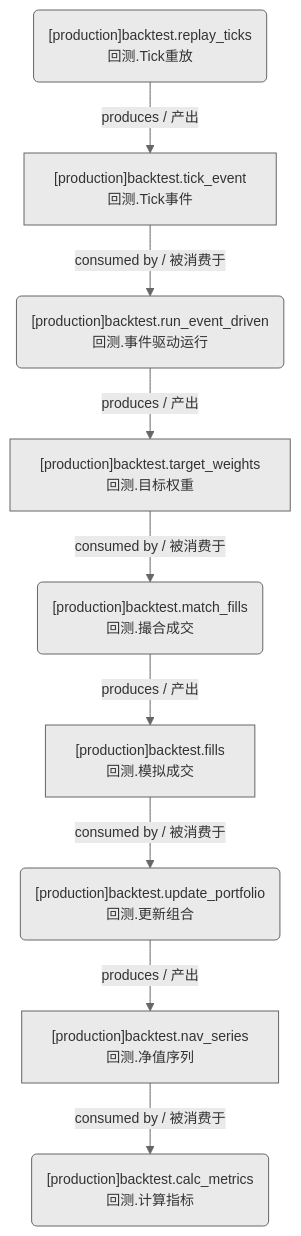
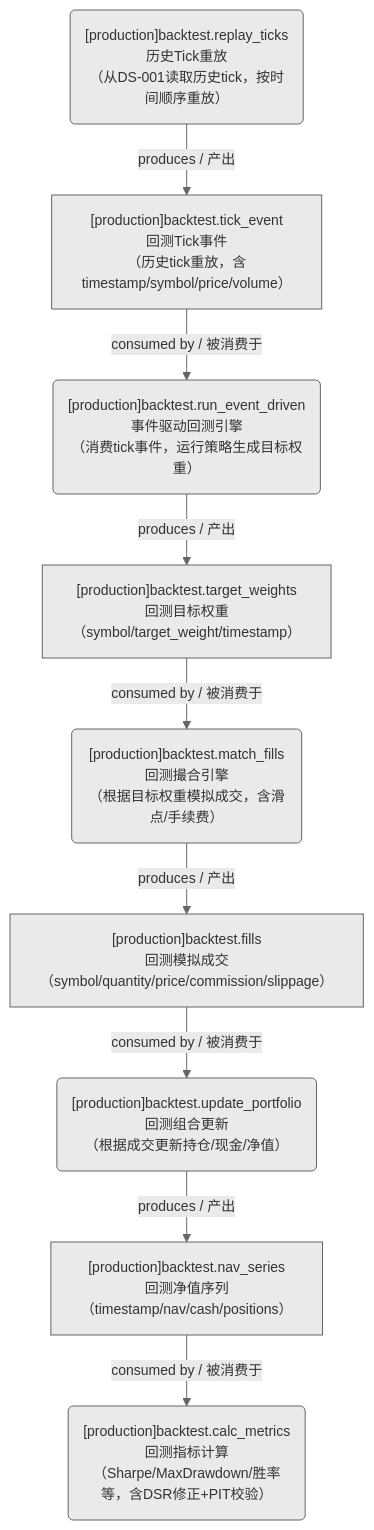
Before and after one commit to xuanFelixVan/ZephyrAlpha: the fourth of 4 diagrams in docs/02_enterprise_architecture/05_dataflow_architecture/dataflow_production.md, drawn with Mermaid. The commit also changed other lines of this file and 11 other files, not shown here.

First line of the commit message:
feat(dataflow-diagram): 域文档新增全景合并图+运营态完整功能简述显示

````diff
--- a/docs/02_enterprise_architecture/05_dataflow_architecture/dataflow_production.md
+++ b/docs/02_enterprise_architecture/05_dataflow_architecture/dataflow_production.md
@@ -233,21 +233,21 @@
 ```mermaid
 %%{init: {'theme': 'base', 'themeVariables': {'primaryColor': '#eaeaea', 'primaryTextColor': '#333333', 'primaryBorderColor': '#666666', 'lineColor': '#666666', 'secondaryColor': '#eaeaea', 'tertiaryColor': '#eaeaea', 'fontSize': '14px'}}}%%
 flowchart TD
-    DS11515["[production]backtest.fills<br/>回测.模拟成交"]
-    DS11516["[production]backtest.nav_series<br/>回测.净值序列"]
-    DS11514["[production]backtest.target_weights<br/>回测.目标权重"]
-    DS11513["[production]backtest.tick_event<br/>回测.Tick事件"]
-    JOB776861("[production]backtest.calc_metrics<br/>回测.计算指标")
-    JOB776859("[production]backtest.match_fills<br/>回测.撮合成交")
-    JOB776857("[production]backtest.replay_ticks<br/>回测.Tick重放")
-    JOB776858("[production]backtest.run_event_driven<br/>回测.事件驱动运行")
-    JOB776860("[production]backtest.update_portfolio<br/>回测.更新组合")
-    JOB776857 -->|produces / 产出| DS11513
-    JOB776858 -->|produces / 产出| DS11514
-    JOB776859 -->|produces / 产出| DS11515
-    JOB776860 -->|produces / 产出| DS11516
-    DS11513 -->|consumed by / 被消费于| JOB776858
-    DS11514 -->|consumed by / 被消费于| JOB776859
-    DS11515 -->|consumed by / 被消费于| JOB776860
-    DS11516 -->|consumed by / 被消费于| JOB776861
+    DS11667["[production]backtest.fills<br/>回测模拟成交<br/>（symbol/quantity/price/commission/slippage）"]
+    DS11668["[production]backtest.nav_series<br/>回测净值序列<br/>（timestamp/nav/cash/positions）"]
+    DS11666["[production]backtest.target_weights<br/>回测目标权重<br/>（symbol/target_weight/timestamp）"]
+    DS11665["[production]backtest.tick_event<br/>回测Tick事件<br/>（历史tick重放，含timestamp/symbol/price/volume）"]
+    JOB784153("[production]backtest.calc_metrics<br/>回测指标计算<br/>（Sharpe/MaxDrawdown/胜率等，含DSR修正+PIT校验）")
+    JOB784151("[production]backtest.match_fills<br/>回测撮合引擎<br/>（根据目标权重模拟成交，含滑点/手续费）")
+    JOB784149("[production]backtest.replay_ticks<br/>历史Tick重放<br/>（从DS-001读取历史tick，按时间顺序重放）")
+    JOB784150("[production]backtest.run_event_driven<br/>事件驱动回测引擎<br/>（消费tick事件，运行策略生成目标权重）")
+    JOB784152("[production]backtest.update_portfolio<br/>回测组合更新<br/>（根据成交更新持仓/现金/净值）")
+    JOB784149 -->|produces / 产出| DS11665
+    JOB784150 -->|produces / 产出| DS11666
+    JOB784151 -->|produces / 产出| DS11667
+    JOB784152 -->|produces / 产出| DS11668
+    DS11665 -->|consumed by / 被消费于| JOB784150
+    DS11666 -->|consumed by / 被消费于| JOB784151
+    DS11667 -->|consumed by / 被消费于| JOB784152
+    DS11668 -->|consumed by / 被消费于| JOB784153
 ```
````
